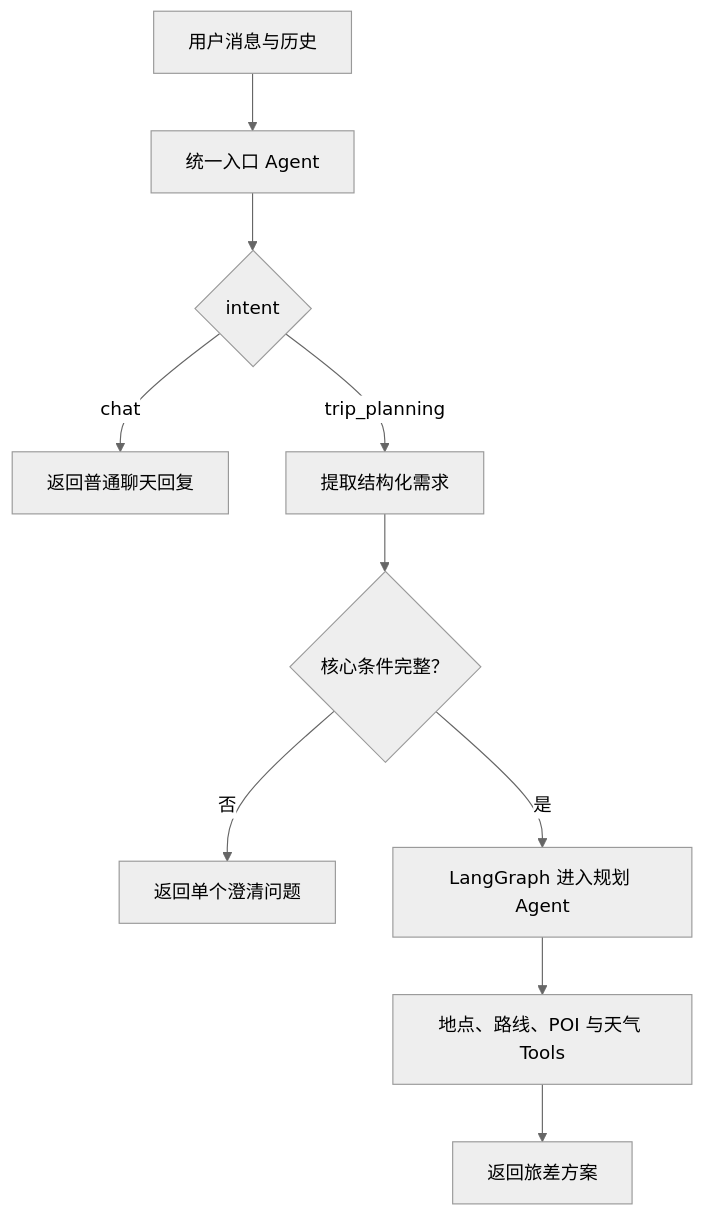
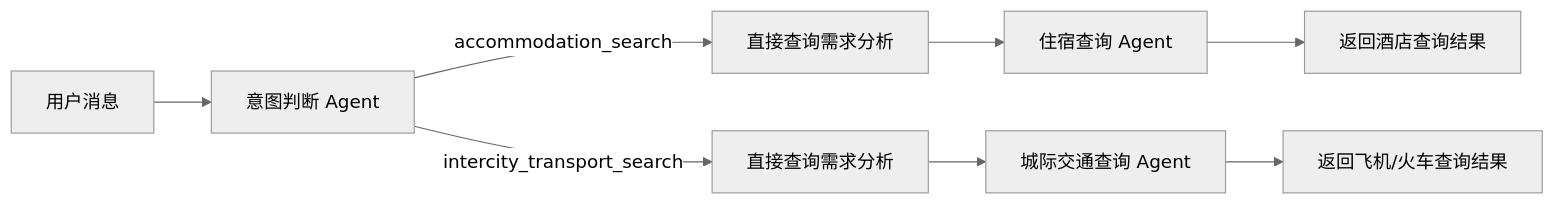
Before and after one commit to GuLu37/TripWeave: the second of 2 diagrams in README.md, drawn with Mermaid (neutral theme). The commit also changed other lines of this file and 28 other files, not shown here.

````diff
--- a/README.md
+++ b/README.md
@@ -269,12 +59,10 @@
 ```mermaid
-flowchart TD
-    A["用户消息与历史"] --> B["统一入口 Agent"]
-    B --> C{"intent"}
-    C -- "chat" --> D["返回普通聊天回复"]
-    C -- "trip_planning" --> E["提取结构化需求"]
-    E --> F{"核心条件完整？"}
-    F -- "否" --> G["返回单个澄清问题"]
-    F -- "是" --> H["LangGraph 进入规划 Agent"]
-    H --> I["地点、路线、POI 与天气 Tools"]
-    I --> J["返回旅差方案"]
+flowchart LR
+    A["用户消息"] --> B["意图判断 Agent"]
+    B -- "accommodation_search" --> C["直接查询需求分析"]
+    C --> D["住宿查询 Agent"]
+    B -- "intercity_transport_search" --> E["直接查询需求分析"]
+    E --> F["城际交通查询 Agent"]
+    D --> G["返回酒店查询结果"]
+    F --> H["返回飞机/火车查询结果"]
 ```
````
